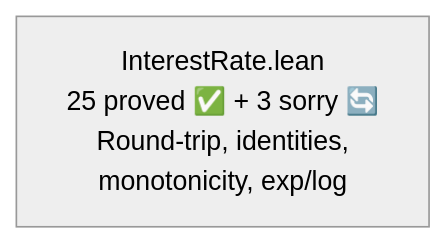
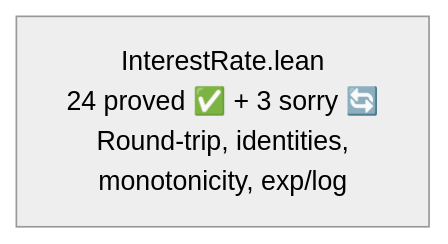
One commit to dsyme/QuantLib changed the third of 8 diagrams in formal-verification/REPORT.md. Above: the diagram before and after it, drawn with Mermaid (neutral theme). The commit also changed other lines of this file and 1 other file, not shown here.

First line of the commit message:
docs: update FV project report to 50 proved theorems

````diff
--- a/formal-verification/REPORT.md
+++ b/formal-verification/REPORT.md
@@ -61,4 +65,4 @@
 ```mermaid
 graph LR
-    F2["InterestRate.lean<br/>25 proved ✅ + 3 sorry 🔄<br/>Round-trip, identities,<br/>monotonicity, exp/log"]
+    F2["InterestRate.lean<br/>24 proved ✅ + 3 sorry 🔄<br/>Round-trip, identities,<br/>monotonicity, exp/log"]
 ```
````
